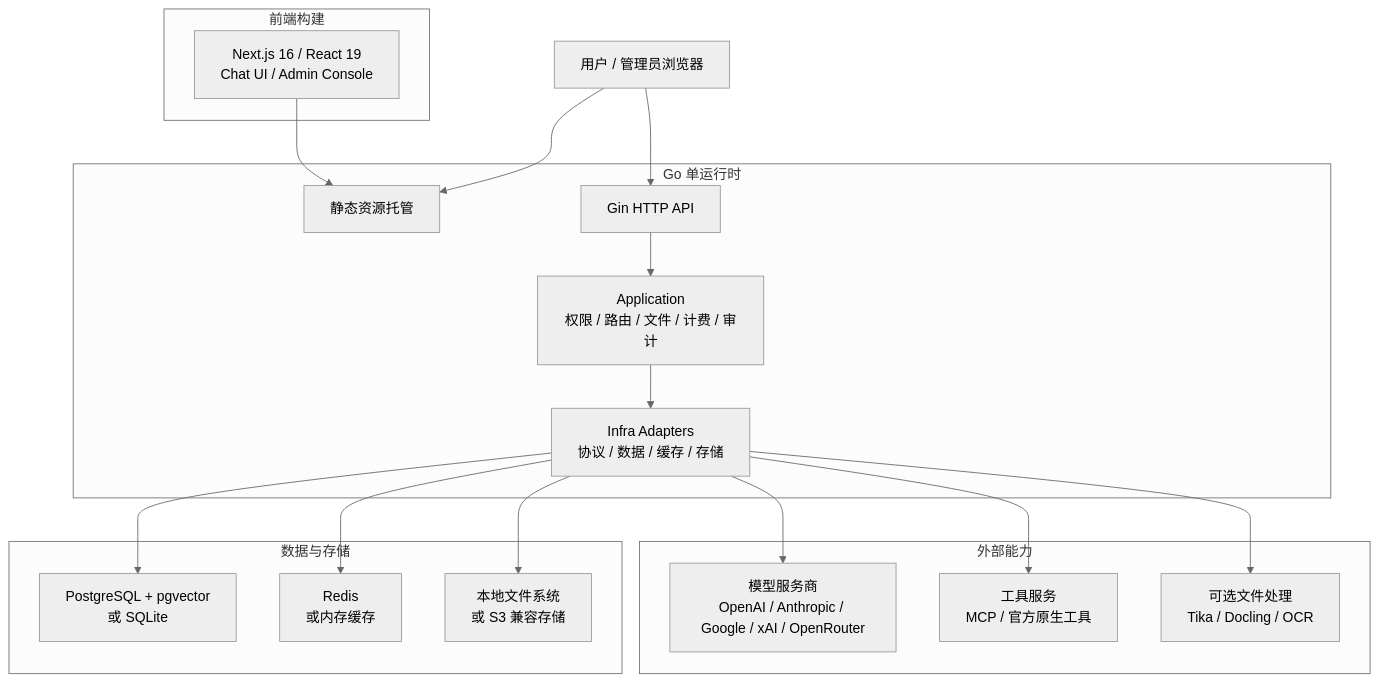
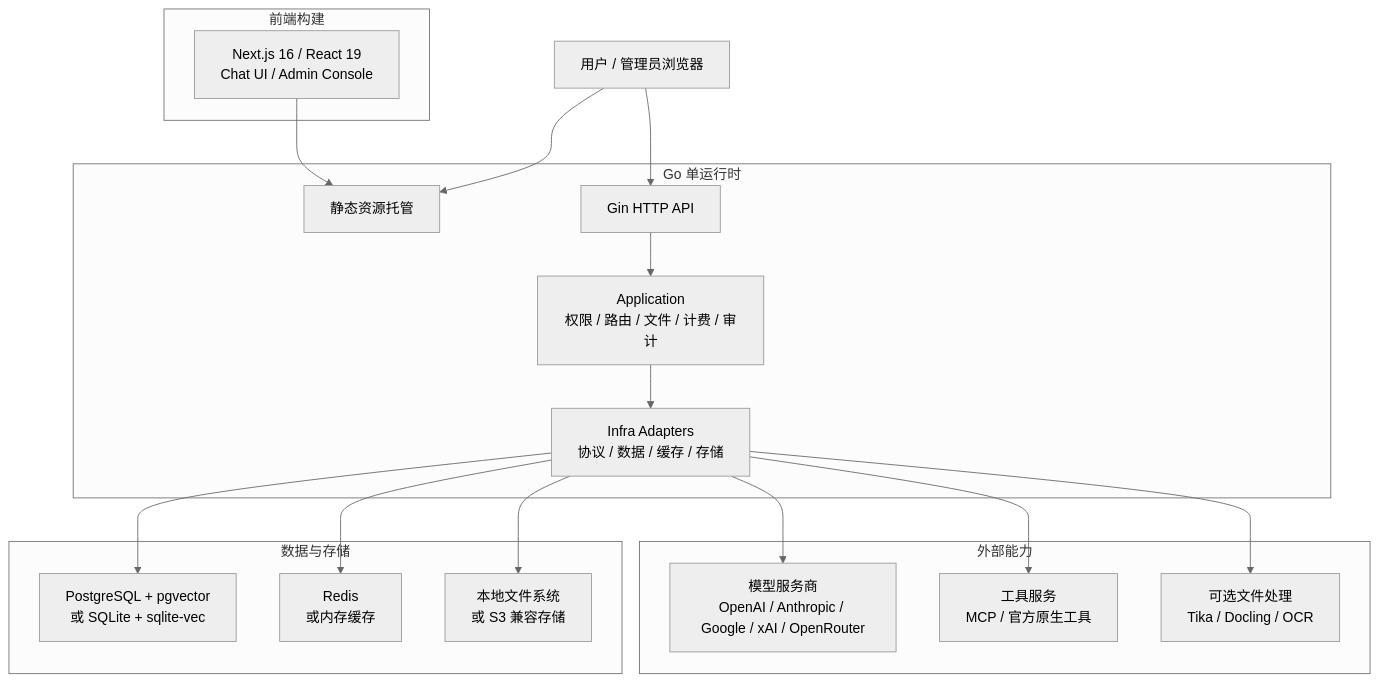
One commit to WangXingFan/CourseMate changed the diagram in README.zh-CN.md. Above: the diagram before and after it, drawn with Mermaid (neutral theme). The commit also changed other lines of this file and 33 other files, not shown here.

Commit message:
feat: enhance SQLite support by adding sqlite vec integration and update documentation

````diff
--- a/README.zh-CN.md
+++ b/README.zh-CN.md
@@ -64,39 +64,39 @@
 ```mermaid
 flowchart TB
   Browser["用户 / 管理员浏览器"]
 
   subgraph Frontend["前端构建"]
     Web["Next.js 16 / React 19<br/>Chat UI / Admin Console"]
   end
 
   subgraph Backend["Go 单运行时"]
     Static["静态资源托管"]
     HTTP["Gin HTTP API"]
     App["Application<br/>权限 / 路由 / 文件 / 计费 / 审计"]
     Infra["Infra Adapters<br/>协议 / 数据 / 缓存 / 存储"]
   end
 
   subgraph External["外部能力"]
     Providers["模型服务商<br/>OpenAI / Anthropic / Google / xAI / OpenRouter"]
     Tools["工具服务<br/>MCP / 官方原生工具"]
     Extractors["可选文件处理<br/>Tika / Docling / OCR"]
   end
 
   subgraph Data["数据与存储"]
-    DB["PostgreSQL + pgvector<br/>或 SQLite"]
+    DB["PostgreSQL + pgvector<br/>或 SQLite + sqlite-vec"]
     Cache["Redis<br/>或内存缓存"]
     Storage["本地文件系统<br/>或 S3 兼容存储"]
   end
 
   Web --> Static
   Browser --> Static
   Browser --> HTTP
   HTTP --> App
   App --> Infra
   Infra --> Providers
   Infra --> Tools
   Infra --> Extractors
   Infra --> DB
   Infra --> Cache
   Infra --> Storage
 ```
````
